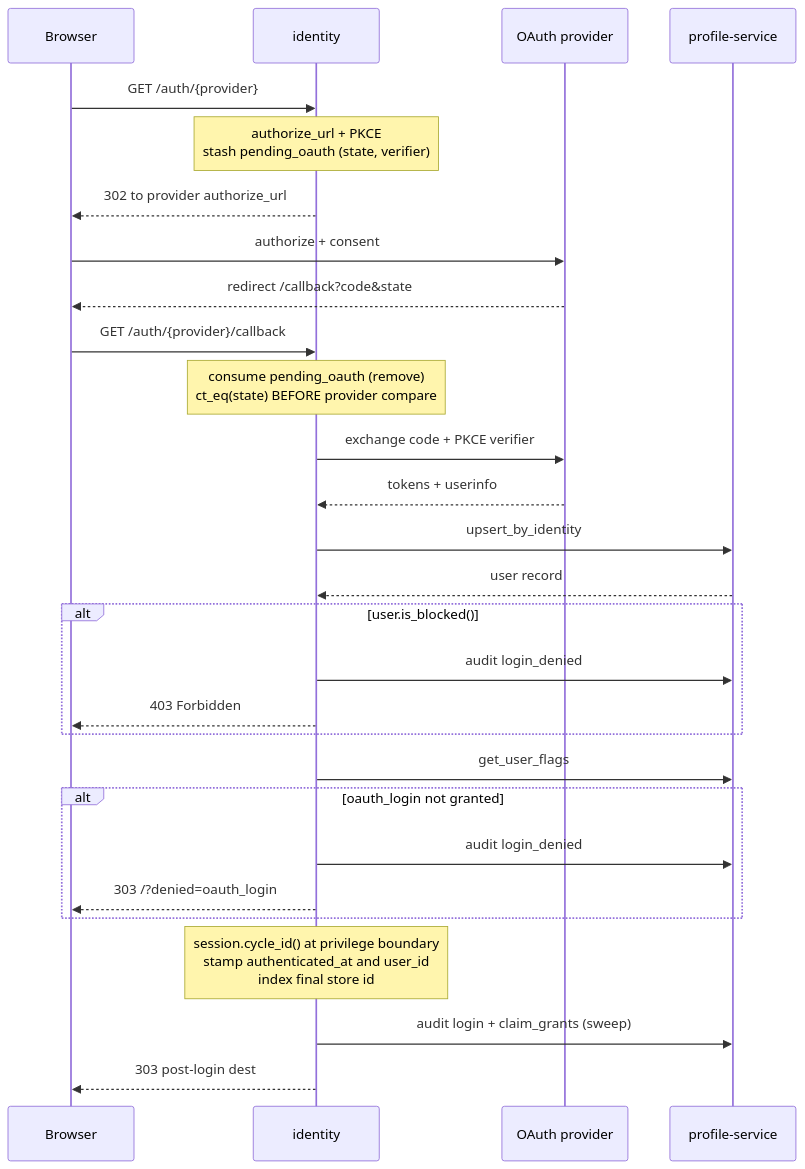
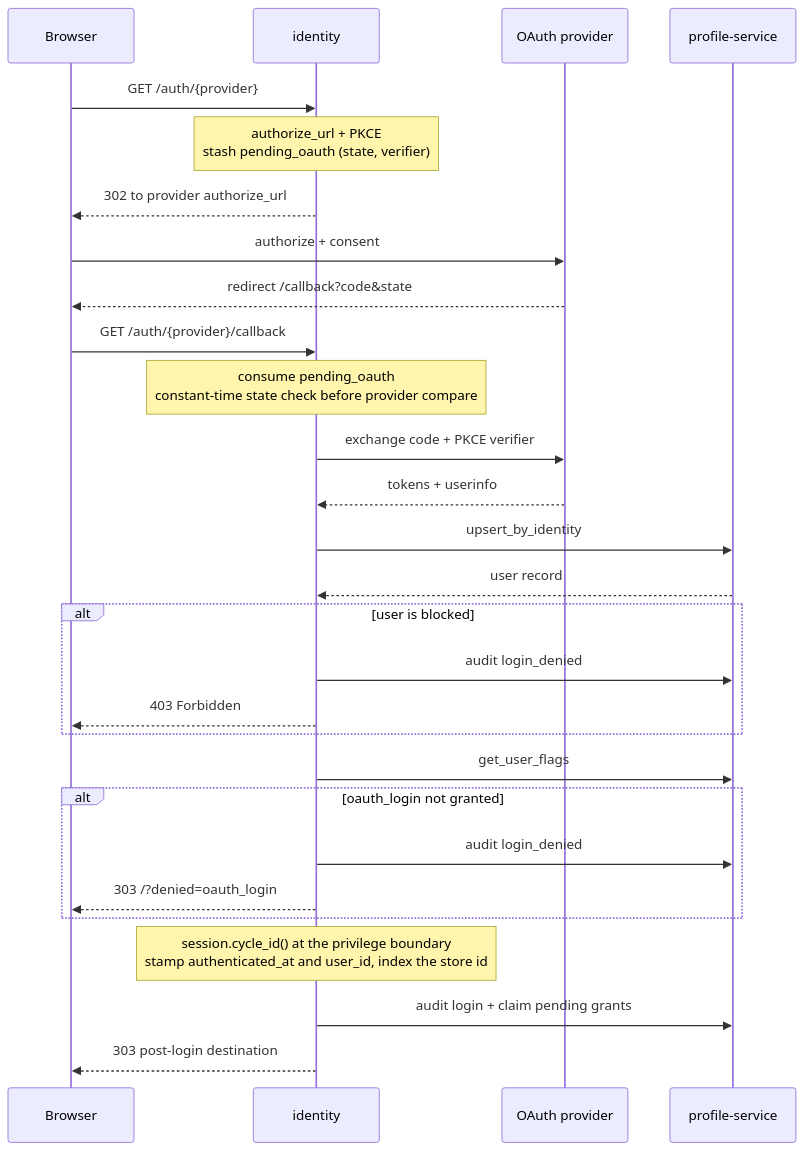
The first of 2 diagrams in gateway/crates/identity/design.md (fiorix/chan), drawn with Mermaid before and after one commit. The commit also changed other lines of this file and 19 other files, not shown here.

````diff
--- a/gateway/crates/identity/design.md
+++ b/gateway/crates/identity/design.md
@@ -35,31 +27,31 @@
 ```mermaid
 sequenceDiagram
     participant B as Browser
     participant I as identity
     participant P as OAuth provider
     participant PR as profile-service
 
     B->>I: GET /auth/{provider}
     Note over I: authorize_url + PKCE<br/>stash pending_oauth (state, verifier)
     I-->>B: 302 to provider authorize_url
     B->>P: authorize + consent
     P-->>B: redirect /callback?code&state
     B->>I: GET /auth/{provider}/callback
-    Note over I: consume pending_oauth (remove)<br/>ct_eq(state) BEFORE provider compare
+    Note over I: consume pending_oauth<br/>constant-time state check before provider compare
     I->>P: exchange code + PKCE verifier
     P-->>I: tokens + userinfo
     I->>PR: upsert_by_identity
     PR-->>I: user record
-    alt user.is_blocked()
+    alt user is blocked
         I->>PR: audit login_denied
         I-->>B: 403 Forbidden
     end
     I->>PR: get_user_flags
     alt oauth_login not granted
         I->>PR: audit login_denied
         I-->>B: 303 /?denied=oauth_login
     end
-    Note over I: session.cycle_id() at privilege boundary<br/>stamp authenticated_at and user_id<br/>index final store id
-    I->>PR: audit login + claim_grants (sweep)
-    I-->>B: 303 post-login dest
+    Note over I: session.cycle_id() at the privilege boundary<br/>stamp authenticated_at and user_id, index the store id
+    I->>PR: audit login + claim pending grants
+    I-->>B: 303 post-login destination
 ```
````
